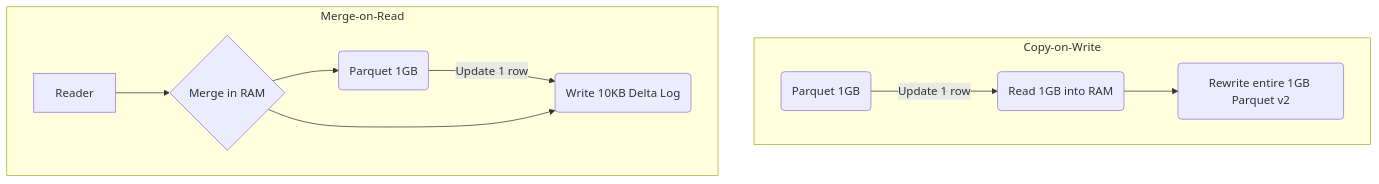
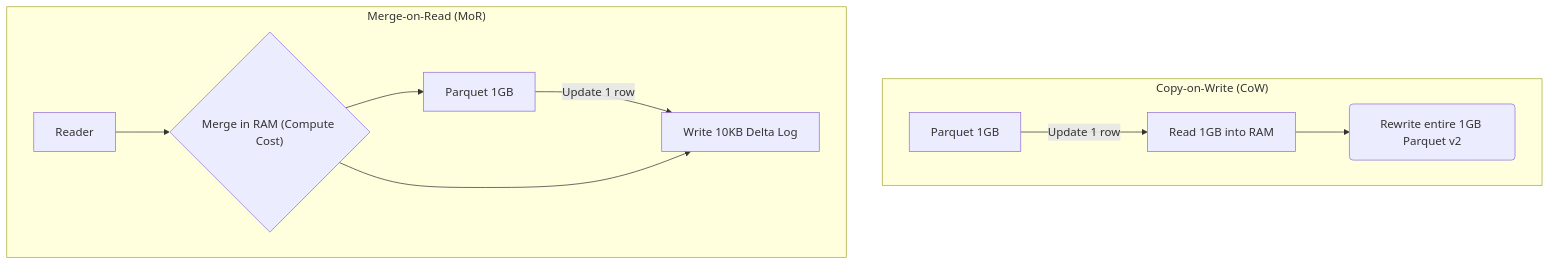
Before and after one commit to kythuatdulieu/kythuatdulieu.github.io: the first of 2 diagrams in src/content/docs/concepts/3-storage-engines-formats/acid-transactions-on-lake.md, drawn with Mermaid. The commit also changed other lines of this file and 228 other files, not shown here.

Commit message:
Fix syntax and rewrite 200+ concepts docs to deep-dive system architecture and add GA4 tracking to quiz app

````diff
--- a/src/content/docs/concepts/3-storage-engines-formats/acid-transactions-on-lake.md
+++ b/src/content/docs/concepts/3-storage-engines-formats/acid-transactions-on-lake.md
@@ -33,14 +41,14 @@
 ```mermaid
 graph TD
-    subgraph Copy-on-Write
-    A1("Parquet 1GB") -->|Update 1 row| B1("Read 1GB into RAM")
+    subgraph Copy_on_Write["Copy-on-Write (CoW)"]
+        A1["Parquet 1GB"] -->|Update 1 row| B1["Read 1GB into RAM"]
     B1 --> C1("Rewrite entire 1GB Parquet v2")
     end
     
-    subgraph Merge-on-Read
-    A2("Parquet 1GB") -->|Update 1 row| B2("Write 10KB Delta Log")
-    C2["Reader"] --> D2{"Merge in RAM"}
+    subgraph Merge_on_Read["Merge-on-Read (MoR)"]
+        A2["Parquet 1GB"] -->|Update 1 row| B2["Write 10KB Delta Log"]
+    C2["Reader"] --> D2{"Merge in RAM (Compute Cost)"}
     D2 --> A2
     D2 --> B2
     end
 ```
````
